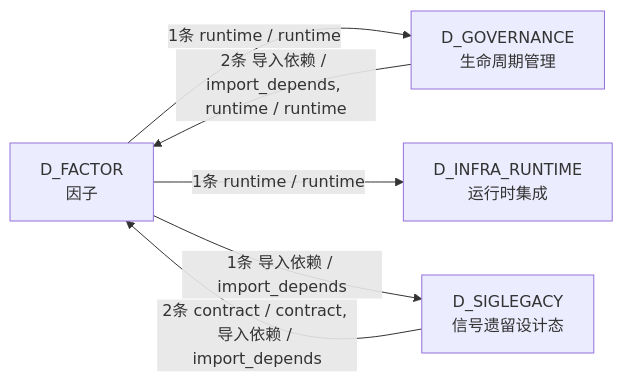
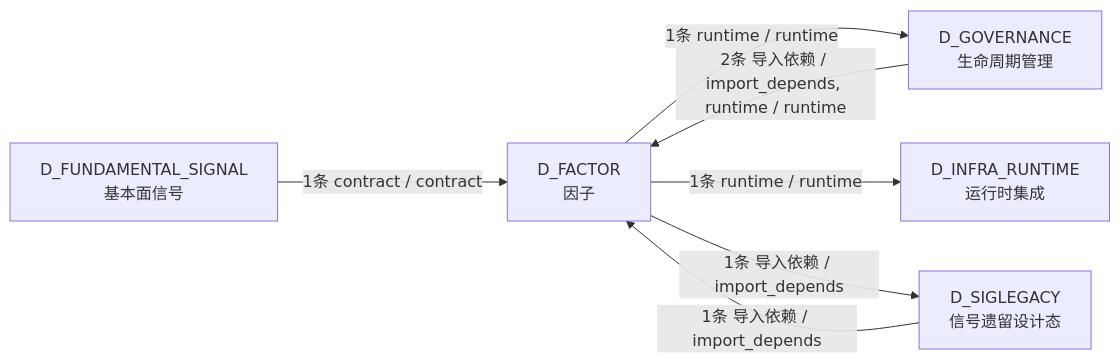
The fourth of 4 diagrams in docs/02_enterprise_architecture/02_domain_architecture_docs/36_d_factor.md (xuanFelixVan/ZephyrAlpha), drawn with Mermaid before and after one commit. The commit also changed other lines of this file and 123 other files, not shown here.

````diff
--- a/docs/02_enterprise_architecture/02_domain_architecture_docs/36_d_factor.md
+++ b/docs/02_enterprise_architecture/02_domain_architecture_docs/36_d_factor.md
@@ -210,12 +212,14 @@
 ```mermaid
 graph LR
     D_FACTOR["D_FACTOR<br/>因子"]
     D_GOVERNANCE["D_GOVERNANCE<br/>生命周期管理"]
     D_INFRA_RUNTIME["D_INFRA_RUNTIME<br/>运行时集成"]
     D_SIGLEGACY["D_SIGLEGACY<br/>信号遗留设计态"]
+    D_FUNDAMENTAL_SIGNAL["D_FUNDAMENTAL_SIGNAL<br/>基本面信号"]
     D_FACTOR -->|1条 runtime / runtime| D_GOVERNANCE
     D_FACTOR -->|1条 runtime / runtime| D_INFRA_RUNTIME
     D_FACTOR -->|1条 导入依赖 / import_depends| D_SIGLEGACY
     D_GOVERNANCE -->|2条 导入依赖 / import_depends, runtime / runtime| D_FACTOR
-    D_SIGLEGACY -->|2条 contract / contract, 导入依赖 / import_depends| D_FACTOR
+    D_FUNDAMENTAL_SIGNAL -->|1条 contract / contract| D_FACTOR
+    D_SIGLEGACY -->|1条 导入依赖 / import_depends| D_FACTOR
 ```
````
